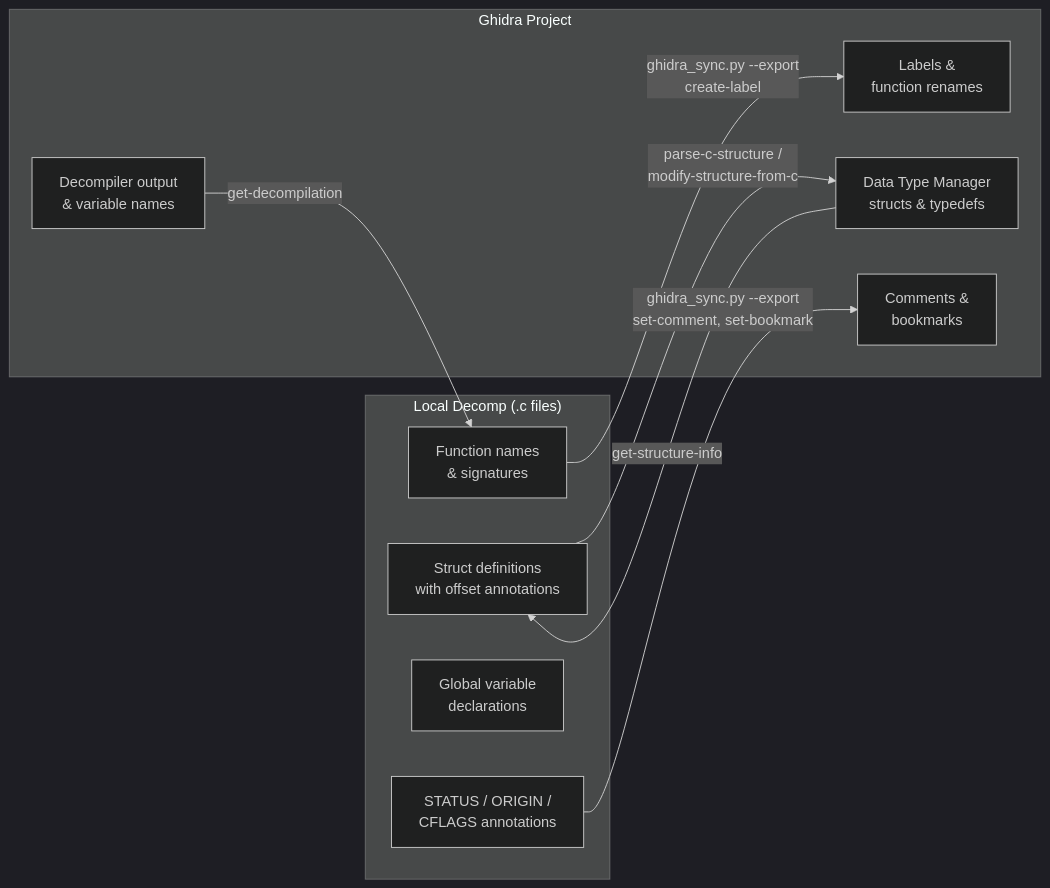
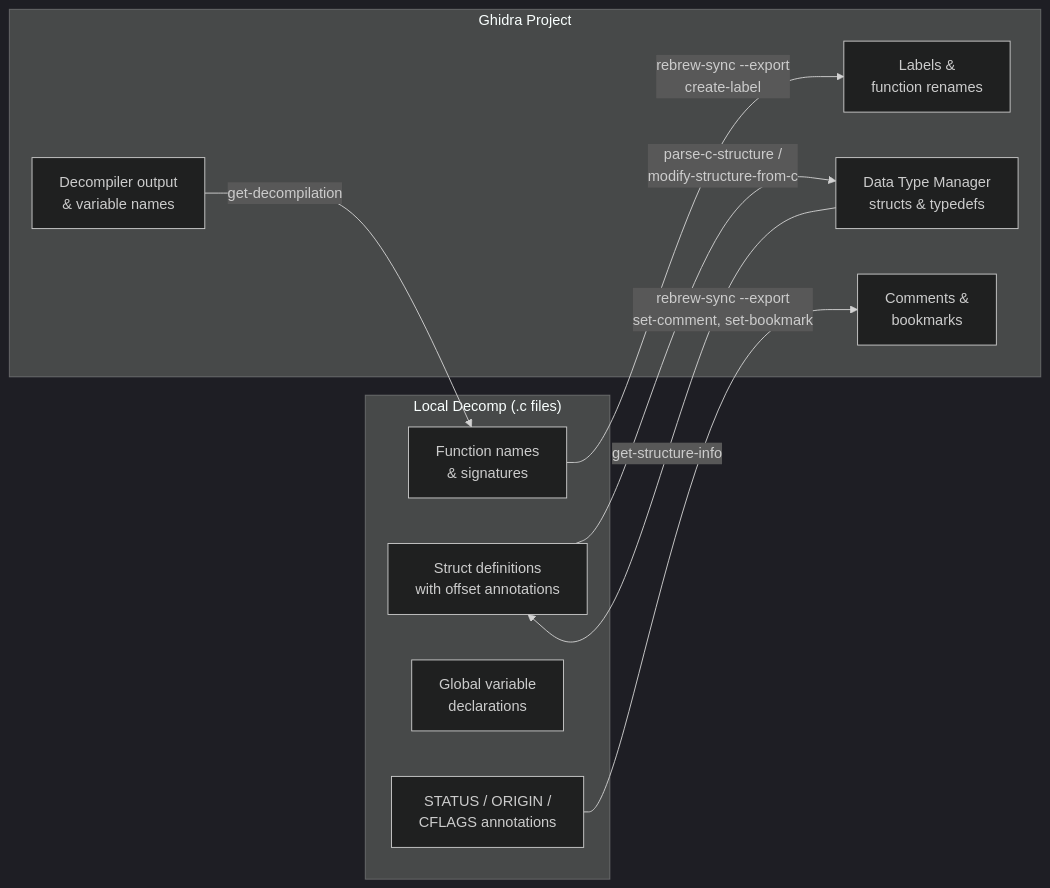
Before and after one commit to maci0/rebrew: the third of 4 diagrams in docs/WORKFLOW.md, drawn with Mermaid (dark theme). The commit also changed other lines of this file and 77 other files, not shown here.

````diff
--- a/docs/WORKFLOW.md
+++ b/docs/WORKFLOW.md
@@ -482,22 +470,22 @@
 ```mermaid
 graph LR
     subgraph "Local Decomp (.c files)"
         L1["Function names<br/>& signatures"]
         L2["Struct definitions<br/>with offset annotations"]
         L3["Global variable<br/>declarations"]
         L4["STATUS / ORIGIN /<br/>CFLAGS annotations"]
     end
 
     subgraph "Ghidra Project"
         G1["Labels &<br/>function renames"]
         G2["Data Type Manager<br/>structs & typedefs"]
         G3["Comments &<br/>bookmarks"]
         G4["Decompiler output<br/>& variable names"]
     end
 
-    L1 -->|"ghidra_sync.py --export<br/>create-label"| G1
-    L4 -->|"ghidra_sync.py --export<br/>set-comment, set-bookmark"| G3
+    L1 -->|"rebrew-sync --export<br/>create-label"| G1
+    L4 -->|"rebrew-sync --export<br/>set-comment, set-bookmark"| G3
     G4 -->|"get-decompilation"| L1
     G2 -->|"get-structure-info"| L2
     L2 -->|"parse-c-structure /<br/>modify-structure-from-c"| G2
 ```
````
